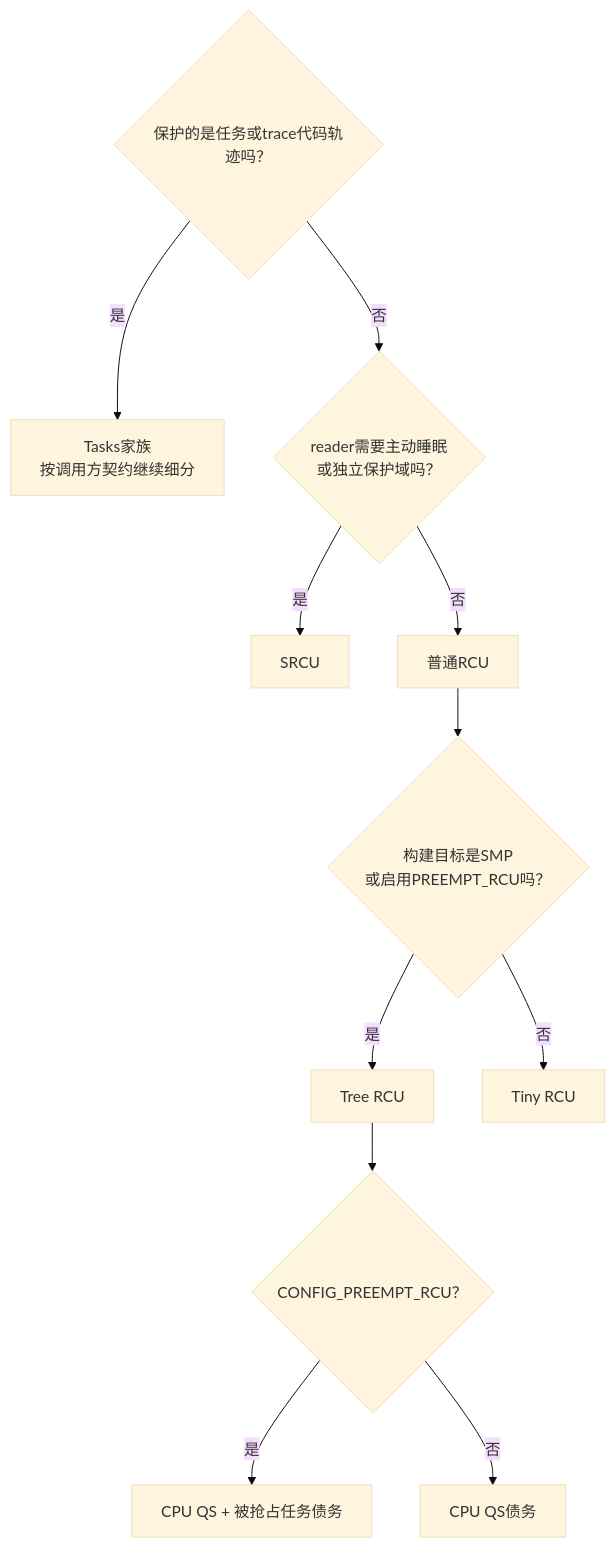
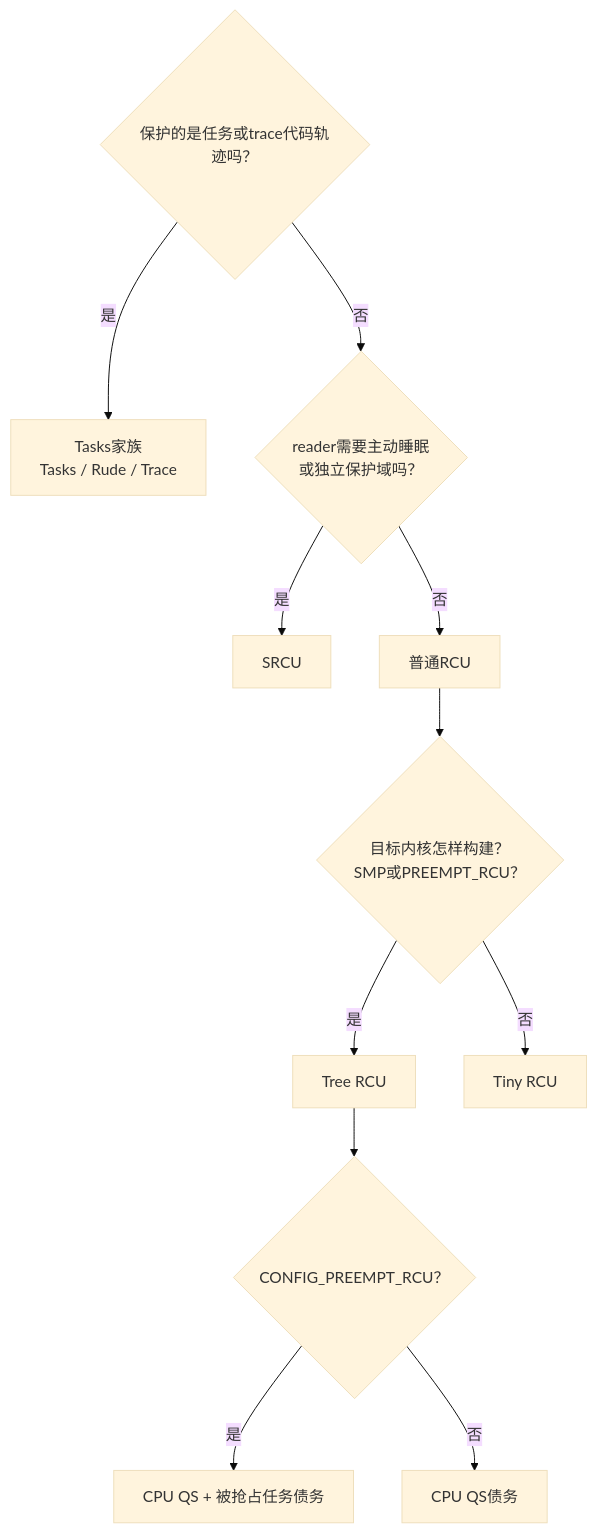
One commit to FormingSystem/linux_note changed the second of 2 diagrams in knowledge/linux/synchronization_and_asynchrony/synchronization/rcu/P04_RCU_分类坐标与内核配置.md. Above: the diagram before and after it, drawn with Mermaid (base theme). The commit also changed other lines of this file and 7 other files, not shown here.

````diff
--- a/knowledge/linux/synchronization_and_asynchrony/synchronization/rcu/P04_RCU_分类坐标与内核配置.md
+++ b/knowledge/linux/synchronization_and_asynchrony/synchronization/rcu/P04_RCU_分类坐标与内核配置.md
@@ -167,13 +342,13 @@
 ```mermaid
 flowchart TD
-    A{"保护的是任务或trace代码轨迹吗？"} -- 是 --> B["Tasks家族<br/>按调用方契约继续细分"]
+    A{"保护的是任务或trace代码轨迹吗？"} -- 是 --> B["Tasks家族<br/>Tasks / Rude / Trace"]
     A -- 否 --> C{"reader需要主动睡眠<br/>或独立保护域吗？"}
     C -- 是 --> D["SRCU"]
     C -- 否 --> E["普通RCU"]
-    E --> F{"构建目标是SMP<br/>或启用PREEMPT_RCU吗？"}
+    E --> F{"目标内核怎样构建？<br/>SMP或PREEMPT_RCU？"}
     F -- 是 --> G["Tree RCU"]
     F -- 否 --> H["Tiny RCU"]
     G --> I{"CONFIG_PREEMPT_RCU？"}
     I -- 是 --> J["CPU QS + 被抢占任务债务"]
     I -- 否 --> K["CPU QS债务"]
 ```
````
